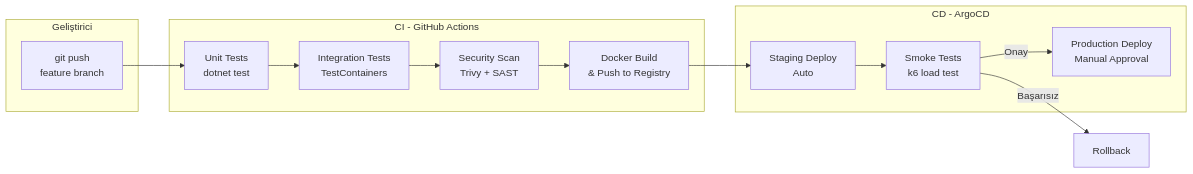
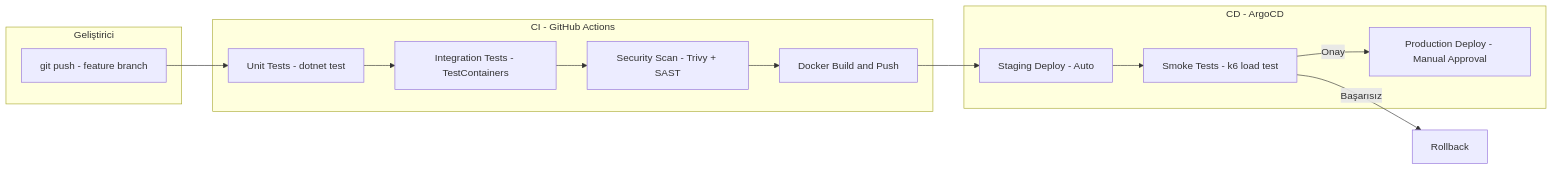
One commit to js-lover/qr-payment-system changed the second of 2 diagrams in docs/10-deployment/README.md. Above: the diagram before and after it, drawn with Mermaid. The commit also changed 8 other files, not shown here.

First line of the commit message:
fix: resolve Mermaid diagram parse errors on GitHub

````diff
--- a/docs/10-deployment/README.md
+++ b/docs/10-deployment/README.md
@@ -344,24 +344,24 @@
 ```mermaid
 flowchart LR
     subgraph Dev [Geliştirici]
-        A[git push\nfeature branch]
+        A[git push - feature branch]
     end
 
     subgraph CI [CI - GitHub Actions]
-        B[Unit Tests\ndotnet test]
-        C[Integration Tests\nTestContainers]
-        D[Security Scan\nTrivy + SAST]
-        E[Docker Build\n& Push to Registry]
+        B[Unit Tests - dotnet test]
+        C[Integration Tests - TestContainers]
+        D[Security Scan - Trivy + SAST]
+        E[Docker Build and Push]
     end
 
     subgraph CD [CD - ArgoCD]
-        F[Staging Deploy\nAuto]
-        G[Smoke Tests\nk6 load test]
-        H[Production Deploy\nManual Approval]
+        F[Staging Deploy - Auto]
+        G[Smoke Tests - k6 load test]
+        H[Production Deploy - Manual Approval]
     end
 
     A --> B --> C --> D --> E
     E --> F --> G
     G -->|Onay| H
     G -->|Başarısız| I[Rollback]
 ```
````
